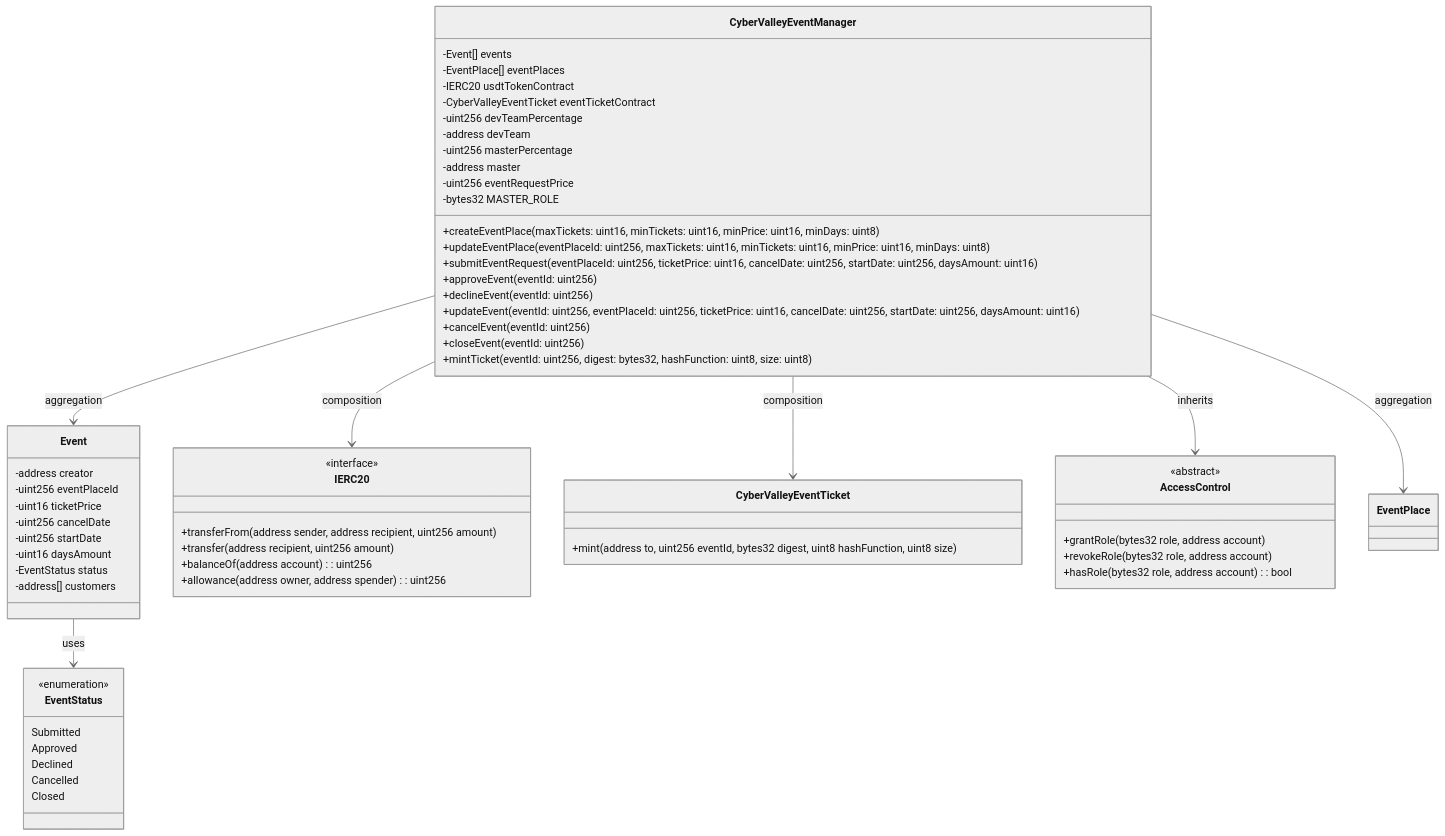
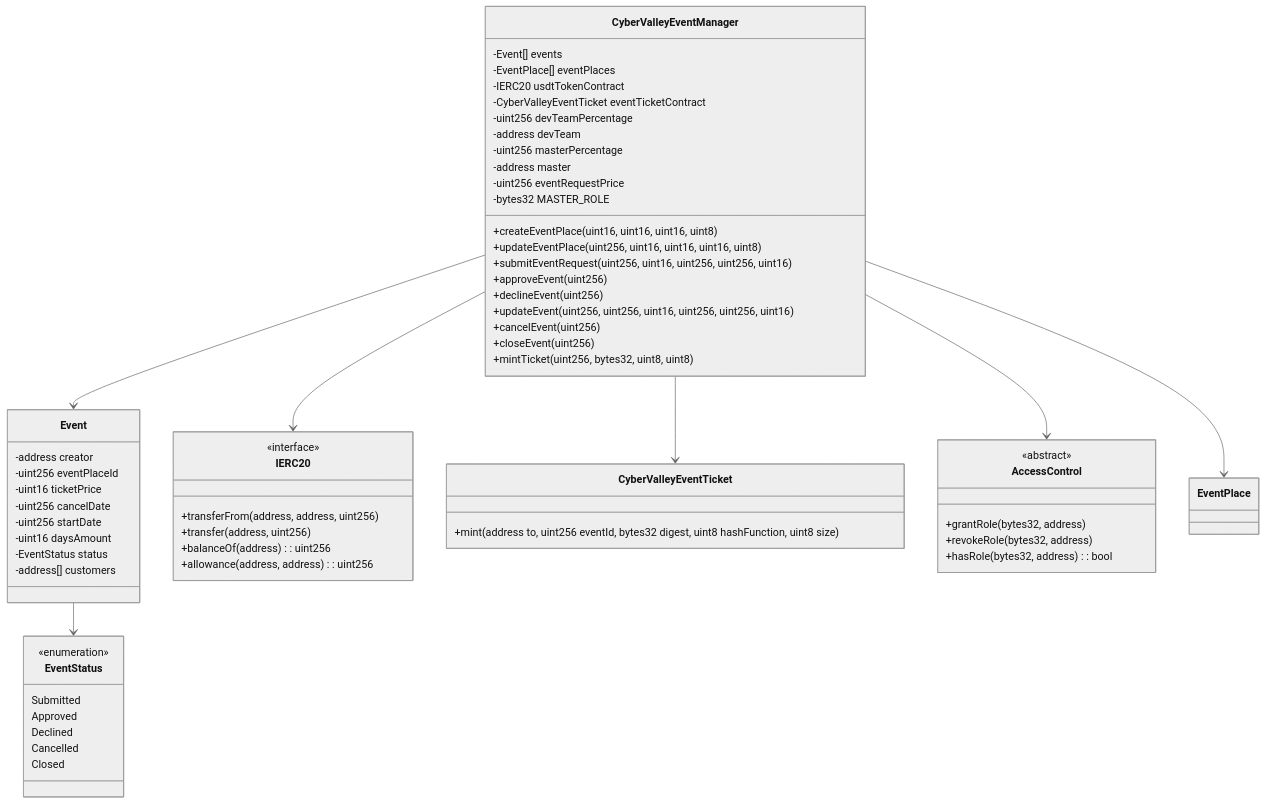
One commit to ai-shift/cyber-valley-tickets changed diagram 41 of 48 in README.md. Above: the diagram before and after it, drawn with Mermaid (neutral theme). The commit also changed other lines of this file, not shown here.

Commit message:
docs: attempt to fix mermaid diagrams

````diff
--- a/README.md
+++ b/README.md
@@ -1321,71 +1310,71 @@
 ```mermaid
 classDiagram
     class CyberValleyEventManager {
         -Event[] events
         -EventPlace[] eventPlaces
         -IERC20 usdtTokenContract
         -CyberValleyEventTicket eventTicketContract
         -uint256 devTeamPercentage
         -address devTeam
         -uint256 masterPercentage
         -address master
         -uint256 eventRequestPrice
         -bytes32 MASTER_ROLE
 
-        +createEventPlace(maxTickets: uint16, minTickets: uint16, minPrice: uint16, minDays: uint8)
-        +updateEventPlace(eventPlaceId: uint256, maxTickets: uint16, minTickets: uint16, minPrice: uint16, minDays: uint8)
-        +submitEventRequest(eventPlaceId: uint256, ticketPrice: uint16, cancelDate: uint256, startDate: uint256, daysAmount: uint16)
-        +approveEvent(eventId: uint256)
-        +declineEvent(eventId: uint256)
-        +updateEvent(eventId: uint256, eventPlaceId: uint256, ticketPrice: uint16, cancelDate: uint256, startDate: uint256, daysAmount: uint16)
-        +cancelEvent(eventId: uint256)
-        +closeEvent(eventId: uint256)
-        +mintTicket(eventId: uint256, digest: bytes32, hashFunction: uint8, size: uint8)
+        +createEventPlace(uint16, uint16, uint16, uint8)
+        +updateEventPlace(uint256, uint16, uint16, uint16, uint8)
+        +submitEventRequest(uint256, uint16, uint256, uint256, uint16)
+        +approveEvent(uint256)
+        +declineEvent(uint256)
+        +updateEvent(uint256, uint256, uint16, uint256, uint256, uint16)
+        +cancelEvent(uint256)
+        +closeEvent(uint256)
+        +mintTicket(uint256, bytes32, uint8, uint8)
     }
 
     class Event {
         -address creator
         -uint256 eventPlaceId
         -uint16 ticketPrice
         -uint256 cancelDate
         -uint256 startDate
         -uint16 daysAmount
         -EventStatus status
         -address[] customers
     }
 
     class EventStatus {
         <<enumeration>>
         Submitted
         Approved
         Declined
         Cancelled
         Closed
     }
 
     class IERC20 {
         <<interface>>
-        +transferFrom(address sender, address recipient, uint256 amount)
-        +transfer(address recipient, uint256 amount)
-        +balanceOf(address account): uint256
-        +allowance(address owner, address spender): uint256
+        +transferFrom(address, address, uint256)
+        +transfer(address, uint256)
+        +balanceOf(address): uint256
+        +allowance(address, address): uint256
     }
 
     class CyberValleyEventTicket {
         +mint(address to, uint256 eventId, bytes32 digest, uint8 hashFunction, uint8 size)
     }
 
     class AccessControl {
         <<abstract>>
-        +grantRole(bytes32 role, address account)
-        +revokeRole(bytes32 role, address account)
-        +hasRole(bytes32 role, address account): bool
+        +grantRole(bytes32, address)
+        +revokeRole(bytes32, address)
+        +hasRole(bytes32, address): bool
     }
 
-    CyberValleyEventManager --> AccessControl : inherits
-    CyberValleyEventManager --> IERC20 : composition
-    CyberValleyEventManager --> CyberValleyEventTicket : composition
-    CyberValleyEventManager --> Event : aggregation
-    CyberValleyEventManager --> EventPlace : aggregation
-    Event --> EventStatus : uses
+    CyberValleyEventManager --> AccessControl
+    CyberValleyEventManager --> IERC20
+    CyberValleyEventManager --> CyberValleyEventTicket
+    CyberValleyEventManager --> Event
+    CyberValleyEventManager --> EventPlace
+    Event --> EventStatus
 ```
````
